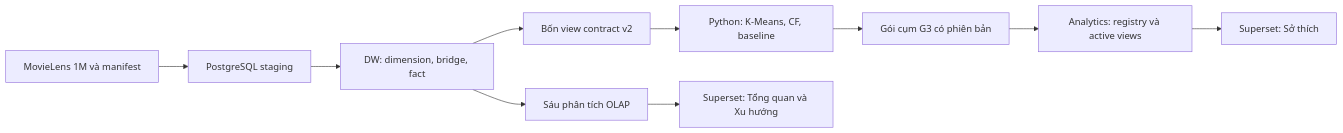
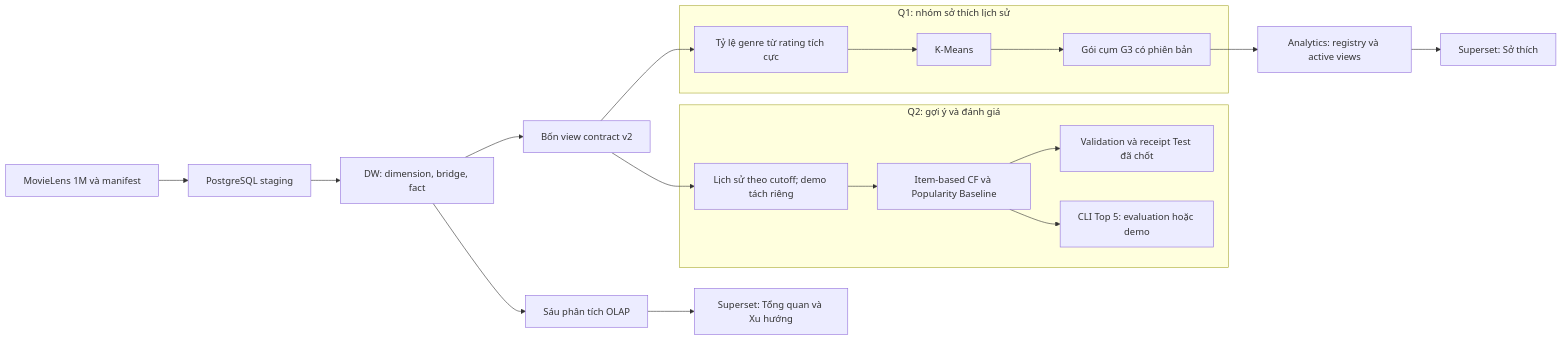
One commit to luandz123/kho-du-lieu-va-khai-pha--cuoi-ky changed the diagram in docs/P1/report/chapter_01.md. Above: the diagram before and after it, drawn with Mermaid. The commit also changed other lines of this file and 14 other files, not shown here.

Commit message:
Finalize P1 report chapters, split Q1 and Q2 architecture, and separate editorial records

````diff
--- a/docs/P1/report/chapter_01.md
+++ b/docs/P1/report/chapter_01.md
@@ -54,12 +52,21 @@
 ```mermaid
 flowchart LR
     S[MovieLens 1M và manifest] --> ST[PostgreSQL staging]
     ST --> DW[DW: dimension, bridge, fact]
     DW --> V[Bốn view contract v2]
     DW --> O[Sáu phân tích OLAP]
-    V --> M[Python: K-Means, CF, baseline]
-    M --> G[Gói cụm G3 có phiên bản]
+    O --> B[Superset: Tổng quan và Xu hướng]
+    subgraph Q1["Q1: nhóm sở thích lịch sử"]
+        F[Tỷ lệ genre từ rating tích cực] --> K[K-Means]
+        K --> G[Gói cụm G3 có phiên bản]
+    end
+    V --> F
     G --> A[Analytics: registry và active views]
-    O --> B[Superset: Tổng quan và Xu hướng]
     A --> P[Superset: Sở thích]
+    subgraph Q2["Q2: gợi ý và đánh giá"]
+        T["Lịch sử theo cutoff; demo tách riêng"] --> M[Item-based CF và Popularity Baseline]
+        M --> E[Validation và receipt Test đã chốt]
+        M --> C[CLI Top 5: evaluation hoặc demo]
+    end
+    V --> T
 ```
````
